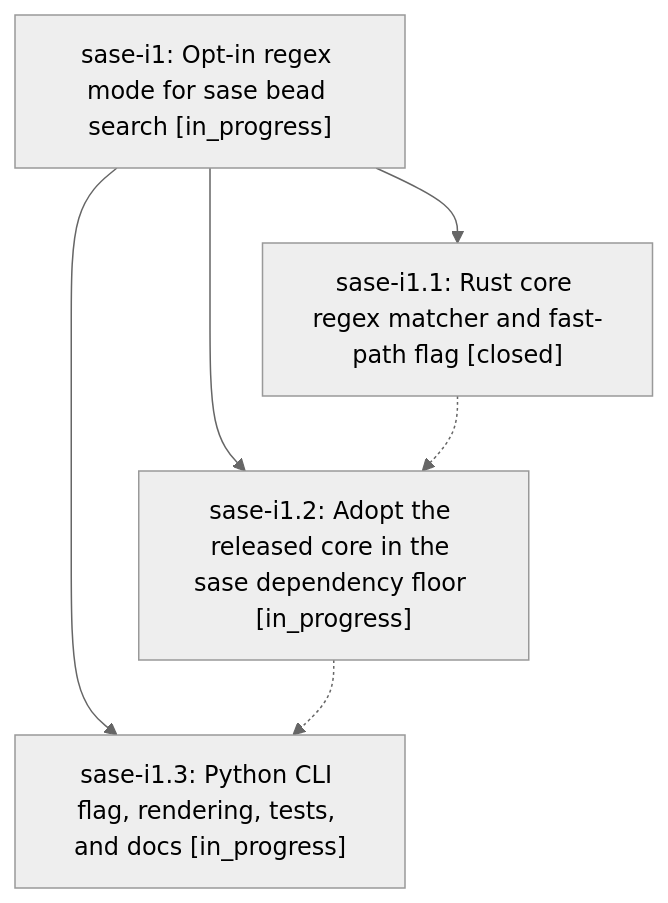
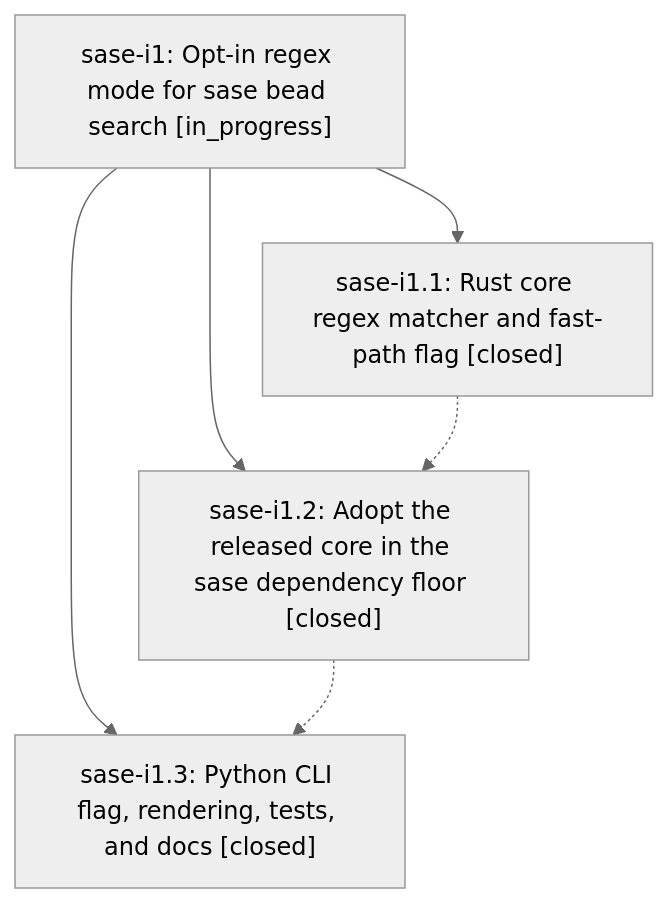
Before and after one commit to sase-org/sase--beads: the diagram in pages/sase-i1/README.md, drawn with Mermaid (neutral theme). The commit also changed other lines of this file and 3 other files, not shown here.

````diff
--- a/pages/sase-i1/README.md
+++ b/pages/sase-i1/README.md
@@ -24,12 +24,12 @@
 ```mermaid
 flowchart TD
     n0["sase-i1: Opt-in regex mode for sase bead search [in_progress]"]
     n1["sase-i1.1: Rust core regex matcher and fast-path flag [closed]"]
-    n2["sase-i1.2: Adopt the released core in the sase dependency floor [in_progress]"]
-    n3["sase-i1.3: Python CLI flag, rendering, tests, and docs [in_progress]"]
+    n2["sase-i1.2: Adopt the released core in the sase dependency floor [closed]"]
+    n3["sase-i1.3: Python CLI flag, rendering, tests, and docs [closed]"]
     n0 --> n1
     n0 --> n2
     n0 --> n3
     n1 -.-> n2
     n2 -.-> n3
 ```
````
